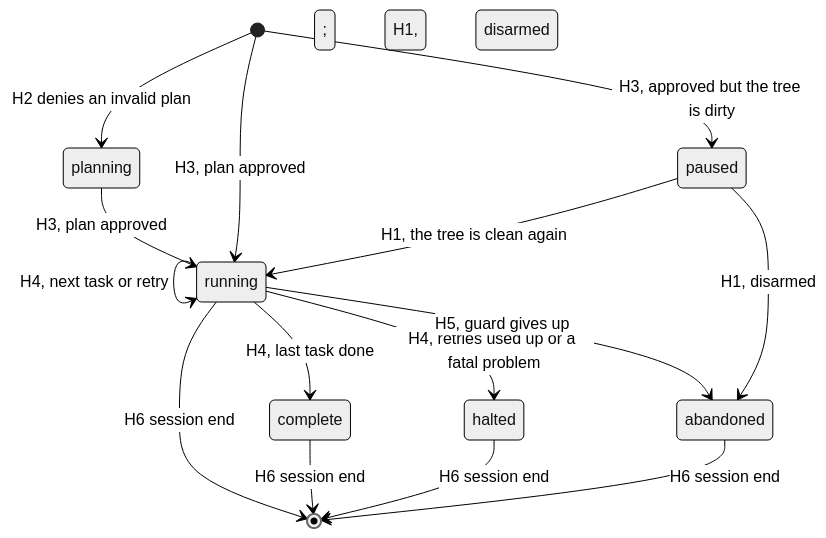
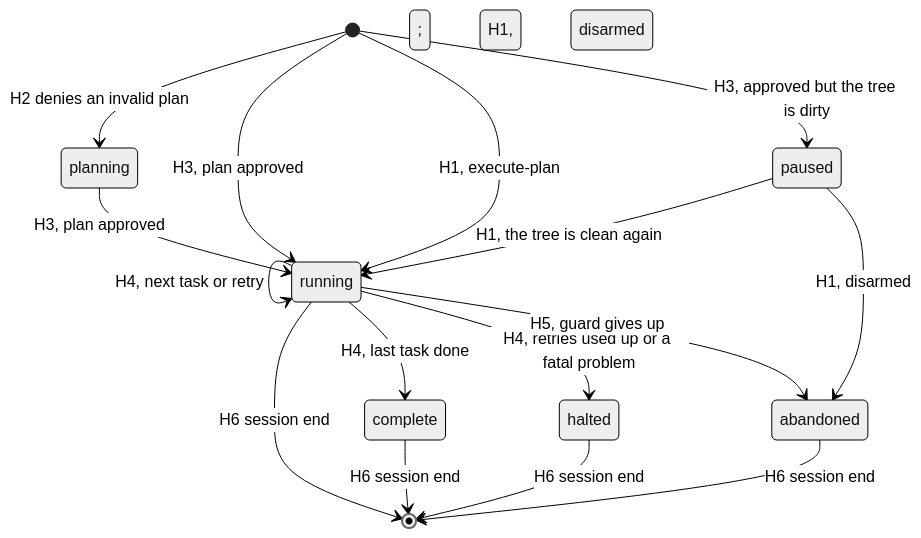
One commit to timschreiber/claude-plugins changed the second of 2 diagrams in docs/planandtier/planandtier-reference.md. Above: the diagram before and after it, drawn with Mermaid (neutral theme). The commit also changed other lines of this file and 3 other files, not shown here.

First line of the commit message:
docs(planandtier): document /planandtier:execute-plan and plan identity

````diff
--- a/docs/planandtier/planandtier-reference.md
+++ b/docs/planandtier/planandtier-reference.md
@@ -677,17 +742,18 @@
 ```mermaid
 stateDiagram-v2
     [*] --> planning: H2 denies an invalid plan
     planning --> running: H3, plan approved
     [*] --> running: H3, plan approved
     [*] --> paused: H3, approved but the tree is dirty
+    [*] --> running: H1, execute-plan
     paused --> running: H1, the tree is clean again
     running --> running: H4, next task or retry
     running --> complete: H4, last task done
     running --> halted: H4, retries used up or a fatal problem
     running --> abandoned: H5, guard gives up; H1, disarmed
     paused --> abandoned: H1, disarmed
     running --> [*]: H6 session end
     complete --> [*]: H6 session end
     halted --> [*]: H6 session end
     abandoned --> [*]: H6 session end
 ```
````
